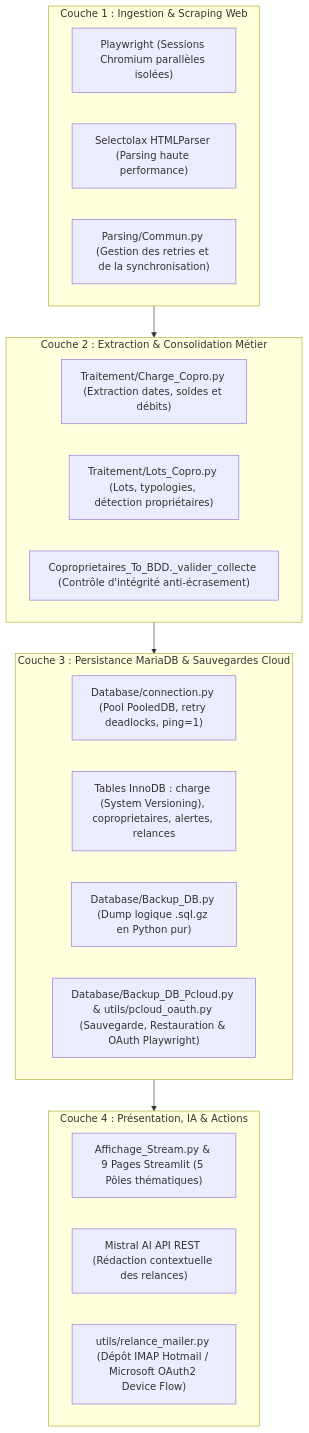
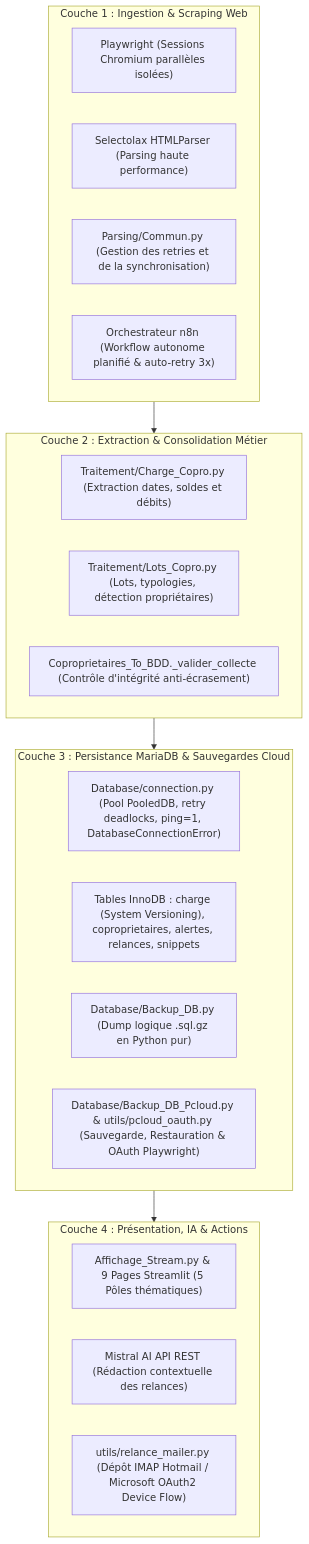
One commit to therealcorwin/CPTCOPRO changed the first of 10 diagrams in reports/call_graph.md. Above: the diagram before and after it, drawn with Mermaid. The commit also changed other lines of this file, not shown here.

Commit message:
feat: Update call graph documentation with new orchestration features and snippet management

````diff
--- a/reports/call_graph.md
+++ b/reports/call_graph.md
@@ -26,31 +27,32 @@
 ```mermaid
 flowchart TB
     subgraph LAYER1["Couche 1 : Ingestion & Scraping Web"]
         L1_playwright["Playwright (Sessions Chromium parallèles isolées)"]
         L1_selectolax["Selectolax HTMLParser (Parsing haute performance)"]
         L1_commun["Parsing/Commun.py (Gestion des retries et de la synchronisation)"]
+        L1_n8n["Orchestrateur n8n (Workflow autonome planifié & auto-retry 3x)"]
     end
 
     subgraph LAYER2["Couche 2 : Extraction & Consolidation Métier"]
         L2_charge["Traitement/Charge_Copro.py (Extraction dates, soldes et débits)"]
         L2_lots["Traitement/Lots_Copro.py (Lots, typologies, détection propriétaires)"]
         L2_val["Coproprietaires_To_BDD._valider_collecte (Contrôle d'intégrité anti-écrasement)"]
     end
 
     subgraph LAYER3["Couche 3 : Persistance MariaDB & Sauvegardes Cloud"]
-        L3_conn["Database/connection.py (Pool PooledDB, retry deadlocks, ping=1)"]
-        L3_tables["Tables InnoDB : charge (System Versioning), coproprietaires, alertes, relances"]
+        L3_conn["Database/connection.py (Pool PooledDB, retry deadlocks, ping=1, DatabaseConnectionError)"]
+        L3_tables["Tables InnoDB : charge (System Versioning), coproprietaires, alertes, relances, snippets"]
         L3_backup["Database/Backup_DB.py (Dump logique .sql.gz en Python pur)"]
         L3_pcloud["Database/Backup_DB_Pcloud.py & utils/pcloud_oauth.py (Sauvegarde, Restauration & OAuth Playwright)"]
     end
 
     subgraph LAYER4["Couche 4 : Présentation, IA & Actions"]
         L4_st["Affichage_Stream.py & 9 Pages Streamlit (5 Pôles thématiques)"]
         L4_ai["Mistral AI API REST (Rédaction contextuelle des relances)"]
         L4_imap["utils/relance_mailer.py (Dépôt IMAP Hotmail / Microsoft OAuth2 Device Flow)"]
     end
 
     LAYER1 --> LAYER2
     LAYER2 --> LAYER3
     LAYER3 --> LAYER4
 ```
````
